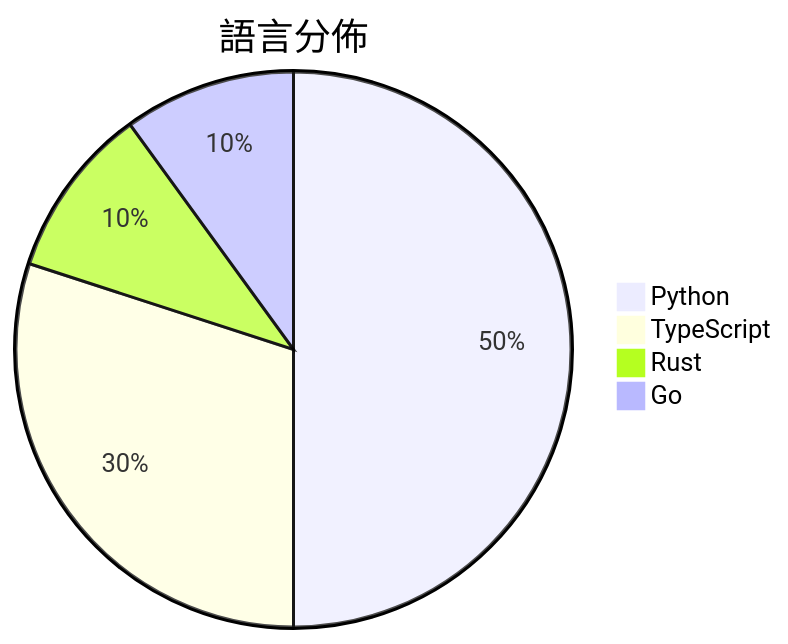
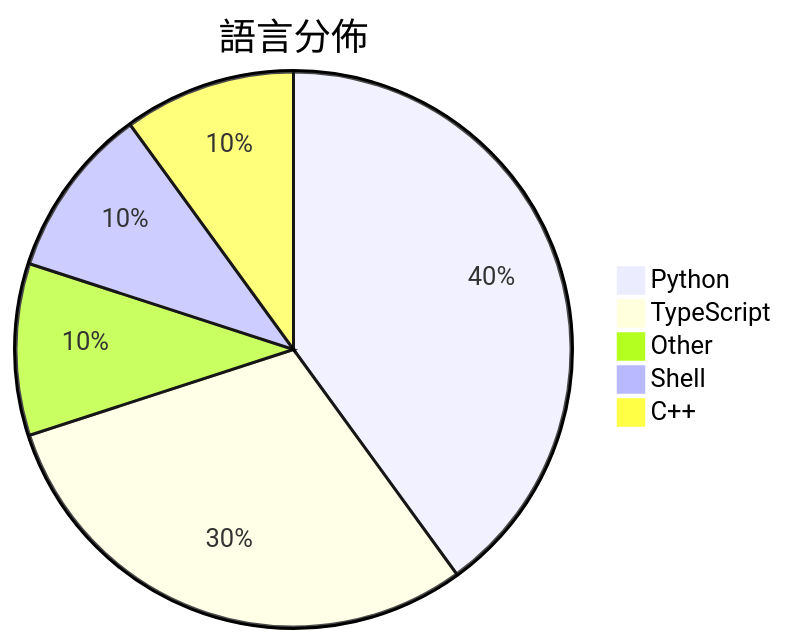
Before and after one commit to Lucasnocodo/github-trending-obsidian: the diagram in Daily/2026-03-10.md, drawn with Mermaid. The commit also changed other lines of this file and 14 other files, not shown here.

````diff
--- a/Daily/2026-03-10.md
+++ b/Daily/2026-03-10.md
@@ -20,7 +20,8 @@
 ```mermaid
 pie title 語言分佈
-    "Python" : 5
+    "Python" : 4
     "TypeScript" : 3
-    "Rust" : 1
-    "Go" : 1
+    "Other" : 1
+    "Shell" : 1
+    "C++" : 1
 ```
````
